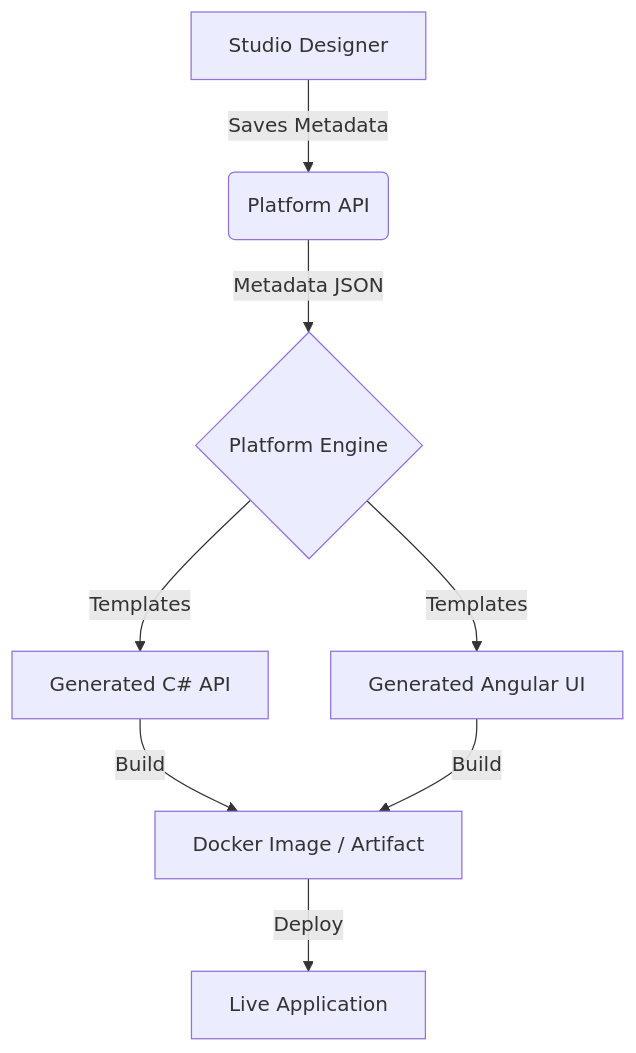
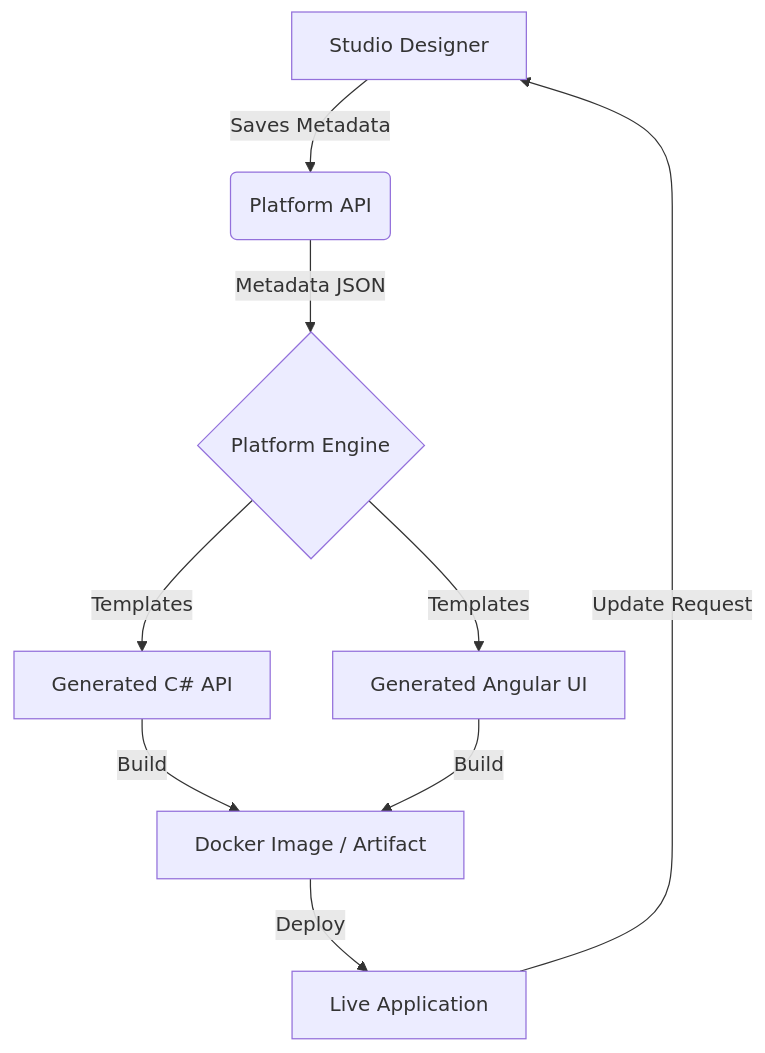
The diagram in Docs/APP_LIFECYCLE_GUIDE.md (sudipto21in2024/DynamicPlatform), drawn with Mermaid before and after one commit. The commit also changed other lines of this file and 7 other files, not shown here.

````diff
--- a/Docs/APP_LIFECYCLE_GUIDE.md
+++ b/Docs/APP_LIFECYCLE_GUIDE.md
@@ -95,9 +108,10 @@
 ```mermaid
 graph TD
     A[Studio Designer] -->|Saves Metadata| B(Platform API)
     B -->|Metadata JSON| C{Platform Engine}
     C -->|Templates| D[Generated C# API]
     C -->|Templates| E[Generated Angular UI]
     D & E -->|Build| F[Docker Image / Artifact]
     F -->|Deploy| G[Live Application]
+    G -->|Update Request| A
 ```
````
